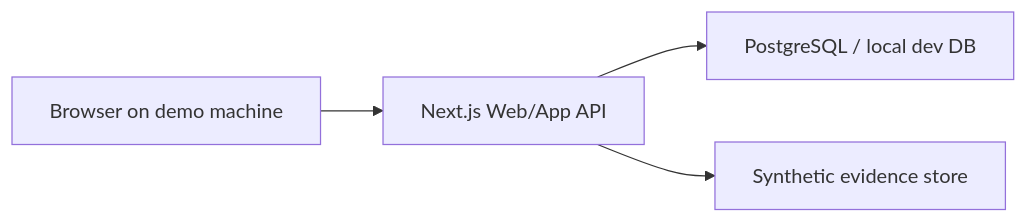
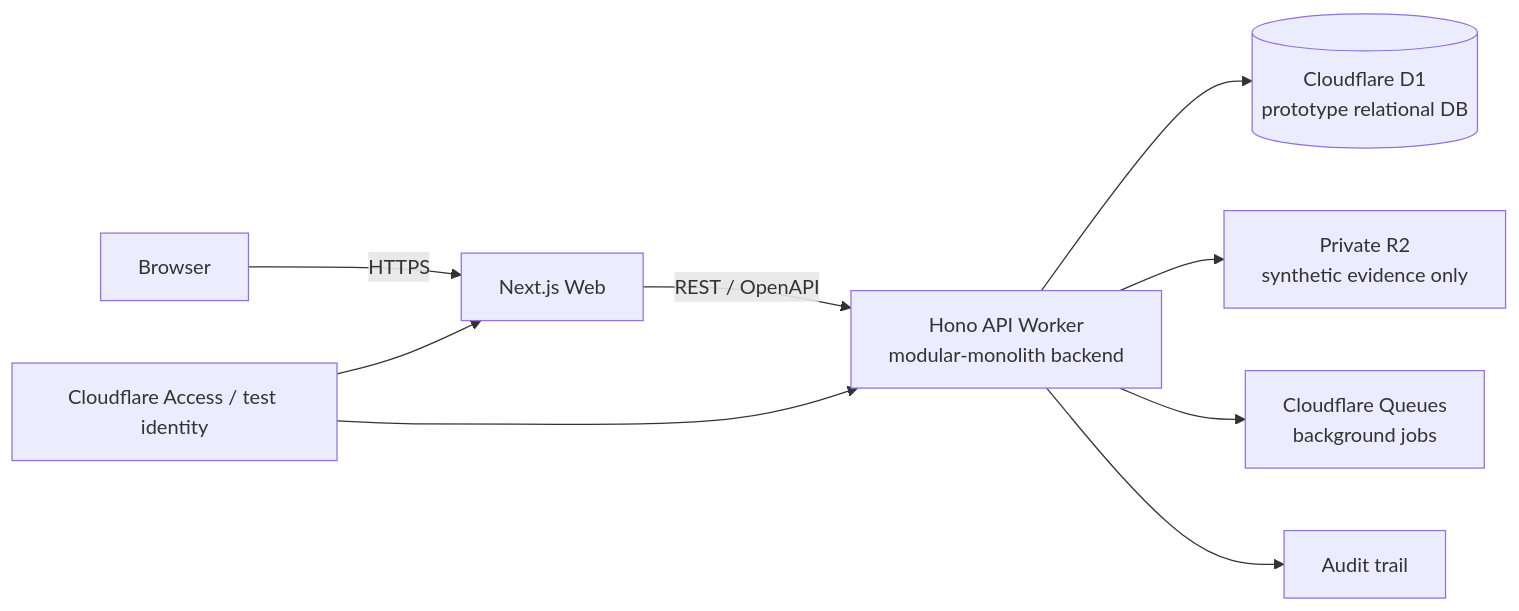
One commit to chotr/BTCTU changed the first of 2 diagrams in docs/04-system-design/deployment.md. Above: the diagram before and after it, drawn with Mermaid. The commit also changed other lines of this file and 3 other files, not shown here.

Commit message:
docs: align architecture and implementation plan

````diff
--- a/docs/04-system-design/deployment.md
+++ b/docs/04-system-design/deployment.md
@@ -18,6 +15,11 @@
 ```mermaid
 flowchart LR
-  B["Browser on demo machine"] --> W["Next.js Web/App API"]
-  W --> DB["PostgreSQL / local dev DB"]
-  W --> OBJ["Synthetic evidence store"]
+  B["Browser"] -->|"HTTPS"| WEB["Next.js Web"]
+  WEB -->|"REST / OpenAPI"| API["Hono API Worker\nmodular-monolith backend"]
+  API --> D1[("Cloudflare D1\nprototype relational DB")]
+  API --> R2["Private R2\nsynthetic evidence only"]
+  API --> Q["Cloudflare Queues\nbackground jobs"]
+  API --> AUD["Audit trail"]
+  ACCESS["Cloudflare Access / test identity"] --> WEB
+  ACCESS --> API
 ```
````
